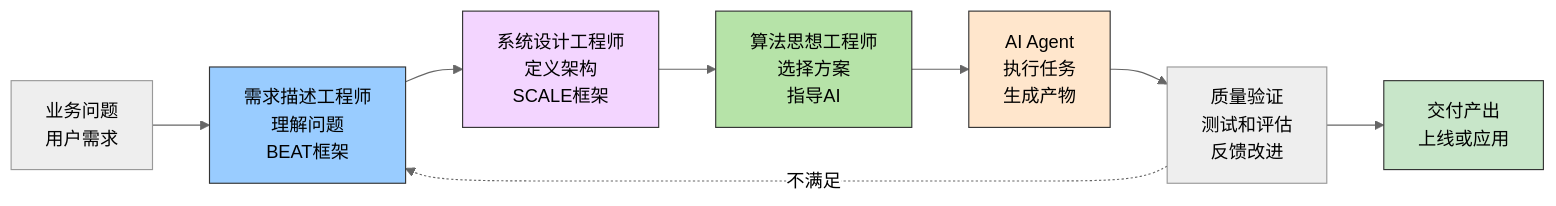
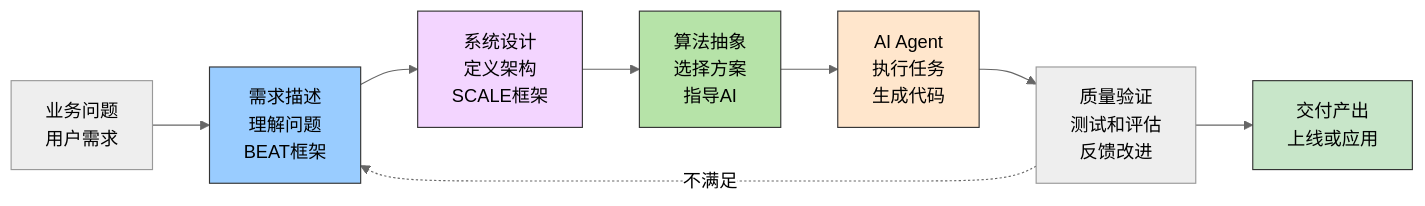
Before and after one commit to microwind/algorithms: the fourth of 17 diagrams in start-here/AI-Era-Programmers-as-Agent-Engineers.md, drawn with Mermaid (neutral theme). The commit also changed other lines of this file and 3 other files, not shown here.

````diff
--- a/start-here/AI-Era-Programmers-as-Agent-Engineers.md
+++ b/start-here/AI-Era-Programmers-as-Agent-Engineers.md
@@ -183,21 +183,21 @@
 ```mermaid
 graph LR
-    A["业务问题<br/>用户需求"] --> B["需求描述工程师<br/>理解问题<br/>BEAT框架"]
+    A["业务问题<br/>用户需求"] --> B["需求描述<br/>理解问题<br/>BEAT框架"]
 
-    B --> C["系统设计工程师<br/>定义架构<br/>SCALE框架"]
+    B --> C["系统设计<br/>定义架构<br/>SCALE框架"]
 
-    C --> D["算法思想工程师<br/>选择方案<br/>指导AI"]
+    C --> D["算法抽象<br/>选择方案<br/>指导AI"]
 
-    D --> E["AI Agent<br/>执行任务<br/>生成产物"]
+    D --> E["AI Agent<br/>执行任务<br/>生成代码"]
 
     E --> F["质量验证<br/>测试和评估<br/>反馈改进"]
 
     F -.不满足.-> B
     F --> G["交付产出<br/>上线或应用"]
 
     style B fill:#99ccff,stroke:#333,stroke-width:1px
     style C fill:#f3d5ff,stroke:#333,stroke-width:1px
     style D fill:#b6e3a8,stroke:#333,stroke-width:1px
     style E fill:#ffe6cc,stroke:#333,stroke-width:1px
     style G fill:#c8e6c9,stroke:#333,stroke-width:1px
 ```
````
